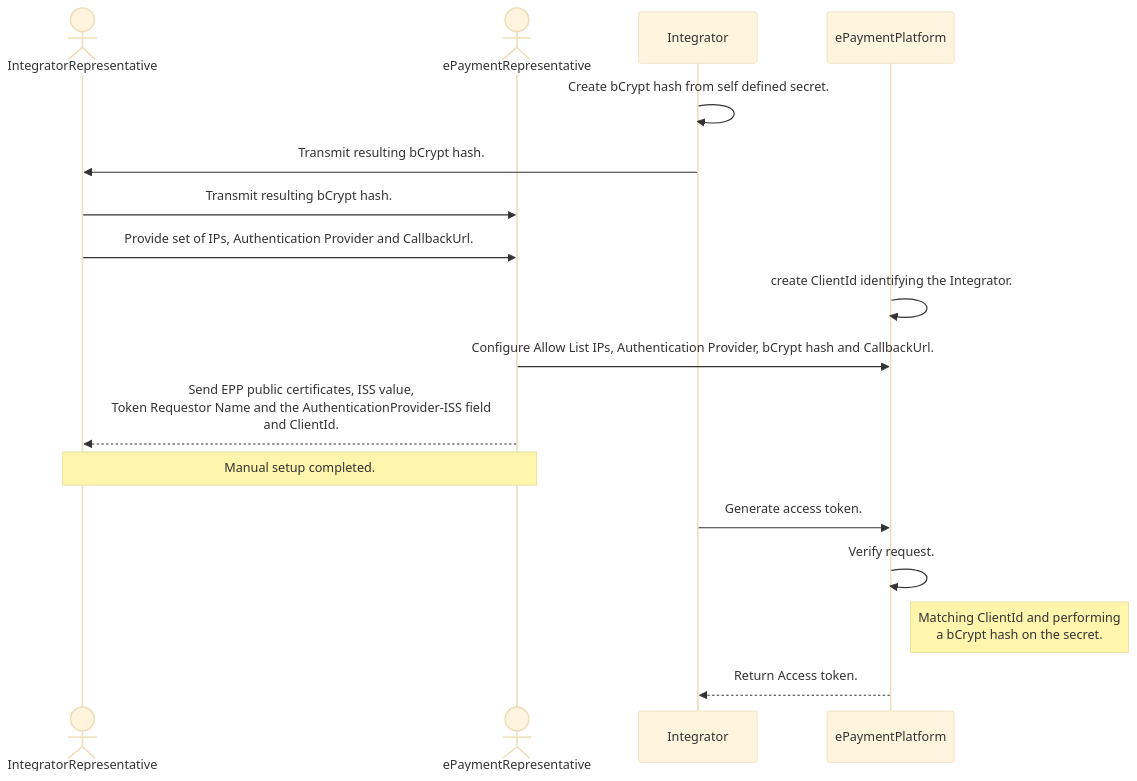
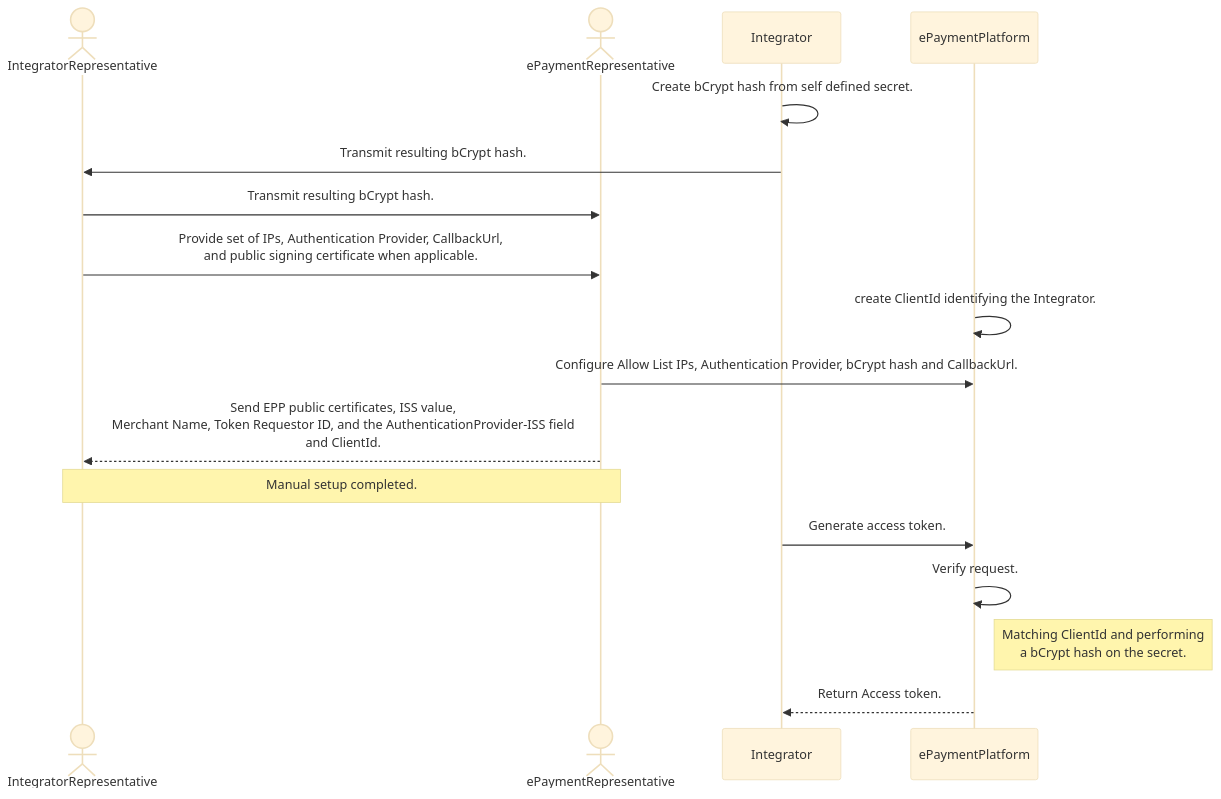
One commit to BankAxept/bankaxept-epayment-development-kit changed the diagram in docs/getting_started.md. Above: the diagram before and after it, drawn with Mermaid (base theme). The commit also changed other lines of this file and 7 other files, not shown here.

````diff
--- a/docs/getting_started.md
+++ b/docs/getting_started.md
@@ -67,19 +70,19 @@
 ```mermaid
 sequenceDiagram
     actor IntegratorRepresentative
     actor ePaymentRepresentative
     participant Integrator
     participant ePaymentPlatform
     Integrator ->> Integrator: Create bCrypt hash from self defined secret.
     Integrator ->> IntegratorRepresentative: Transmit resulting bCrypt hash.
     IntegratorRepresentative ->> ePaymentRepresentative: Transmit resulting bCrypt hash.
-    IntegratorRepresentative ->> ePaymentRepresentative: Provide set of IPs, Authentication Provider and CallbackUrl.
+    IntegratorRepresentative ->> ePaymentRepresentative: Provide set of IPs, Authentication Provider, CallbackUrl,<br/>and public signing certificate when applicable.
     ePaymentPlatform ->> ePaymentPlatform: create ClientId identifying the Integrator.
     ePaymentRepresentative ->> ePaymentPlatform: Configure Allow List IPs, Authentication Provider, bCrypt hash and CallbackUrl.
-    ePaymentRepresentative -->> IntegratorRepresentative: Send EPP public certificates, ISS value, <br/> Token Requestor Name and the AuthenticationProvider-ISS field <br/> and ClientId.
+    ePaymentRepresentative -->> IntegratorRepresentative: Send EPP public certificates, ISS value, <br/> Merchant Name, Token Requestor ID, and the AuthenticationProvider-ISS field <br/> and ClientId.
     Note over IntegratorRepresentative, ePaymentRepresentative: Manual setup completed.
     Integrator ->> ePaymentPlatform: Generate access token.
     ePaymentPlatform ->> ePaymentPlatform: Verify request.
     Note right of ePaymentPlatform: Matching ClientId and performing <br/> a bCrypt hash on the secret.
     ePaymentPlatform -->> Integrator: Return Access token.
 ```
````
